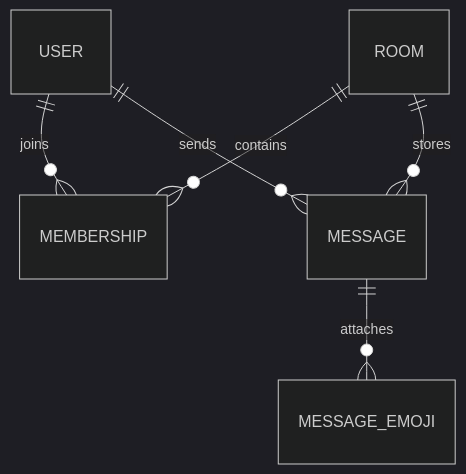
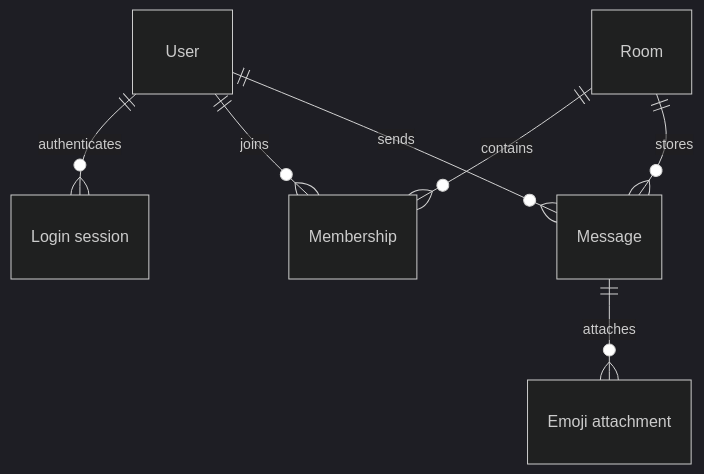
One commit to Azther0z/computer-network-project changed the diagram in docs/data-model.md. Above: the diagram before and after it, drawn with Mermaid (dark theme). The commit also changed other lines of this file and 20 other files, not shown here.

Commit message:
docs: consolidate project references and embed diagrams

````diff
--- a/docs/data-model.md
+++ b/docs/data-model.md
@@ -9,8 +5,15 @@
 ```mermaid
 erDiagram
+    USER["User"]
+    LOGIN_SESSION["Login session"]
+    MEMBERSHIP["Membership"]
+    ROOM["Room"]
+    MESSAGE["Message"]
+    MESSAGE_EMOJI["Emoji attachment"]
+    USER ||--o{ LOGIN_SESSION : authenticates
     USER ||--o{ MEMBERSHIP : joins
     ROOM ||--o{ MEMBERSHIP : contains
     ROOM ||--o{ MESSAGE : stores
     USER ||--o{ MESSAGE : sends
     MESSAGE ||--o{ MESSAGE_EMOJI : attaches
 ```
````
